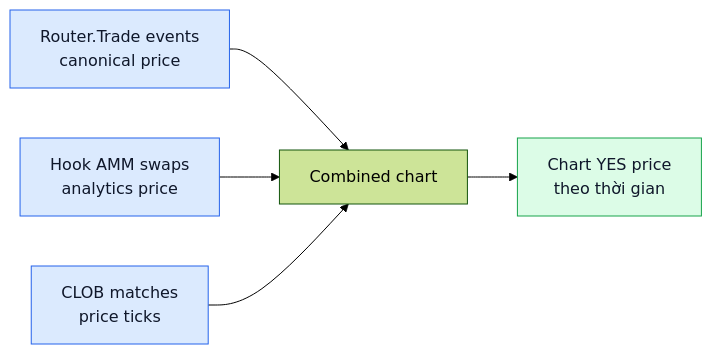
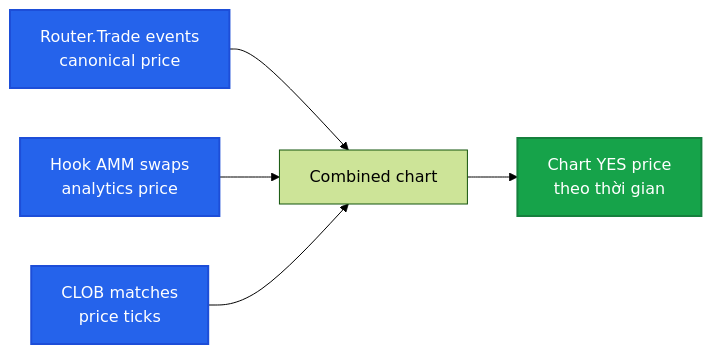
The diagram in vi_v6/huong-dan/chart-va-timeframe.md (PrediX-Protocol/predix-docs), drawn with Mermaid (forest theme) before and after one commit. The commit also changed 32 other files, not shown here.

First line of the commit message:
docs(vi_v6): redesign Mermaid theme — solid mid-tone palette + dark theme

````diff
--- a/vi_v6/huong-dan/chart-va-timeframe.md
+++ b/vi_v6/huong-dan/chart-va-timeframe.md
@@ -7,12 +7,12 @@
 ```mermaid
 flowchart LR
     Source1[Router.Trade events<br/>canonical price] --> Combine[Combined chart]
     Source2[Hook AMM swaps<br/>analytics price] --> Combine
     Source3[CLOB matches<br/>price ticks] --> Combine
     Combine --> Display[Chart YES price<br/>theo thời gian]
 
-    classDef src fill:#dbeafe,stroke:#2563eb,color:#0f172a
-    classDef out fill:#dcfce7,stroke:#16a34a,color:#0f172a
+    classDef src fill:#2563eb,stroke:#1d4ed8,color:#fff,stroke-width:2px
+    classDef out fill:#16a34a,stroke:#15803d,color:#fff,stroke-width:2px
     class Source1,Source2,Source3 src
     class Display out
 ```
````
